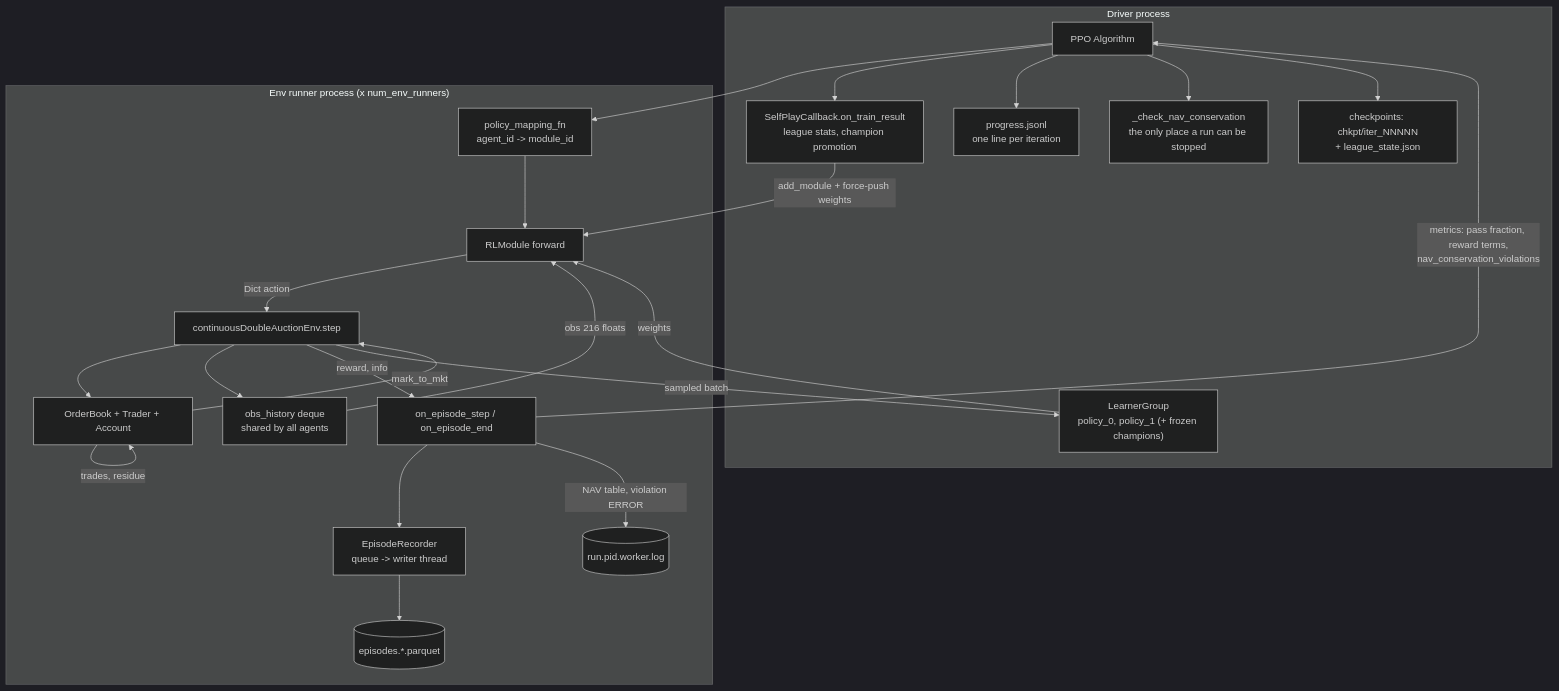
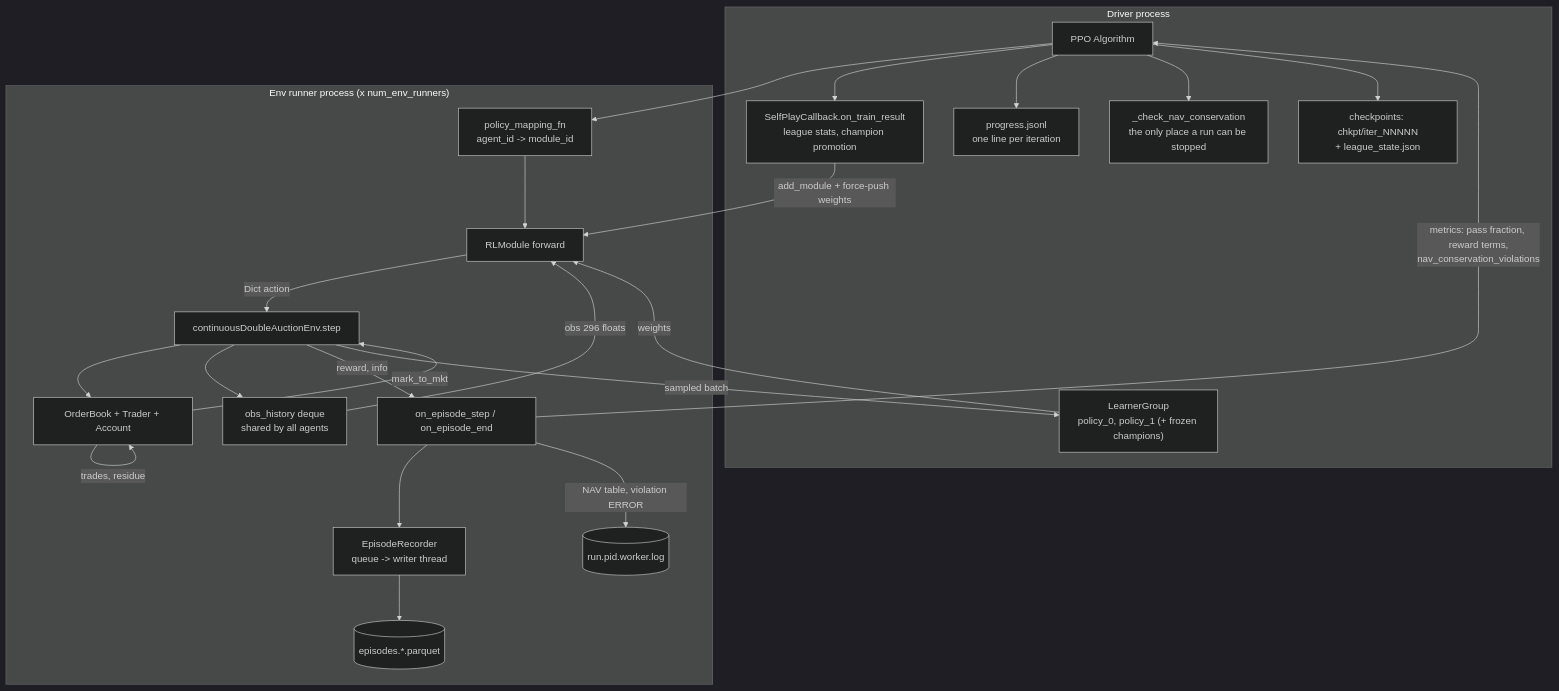
The fifth of 5 diagrams in doc/02_architecture.md (ChuaCheowHuan/gym-continuousDoubleAuction), drawn with Mermaid (dark theme) before and after one commit. The commit also changed other lines of this file and 25 other files, not shown here.

````diff
--- a/doc/02_architecture.md
+++ b/doc/02_architecture.md
@@ -561,43 +564,43 @@
 ```mermaid
 flowchart TB
     subgraph DRV["Driver process"]
         ALGO["PPO Algorithm"]
         LG["LearnerGroup<br/>policy_0, policy_1 (+ frozen champions)"]
         OTR["SelfPlayCallback.on_train_result<br/>league stats, champion promotion"]
         PROG["progress.jsonl<br/>one line per iteration"]
         NAVCHK["_check_nav_conservation<br/>the only place a run can be stopped"]
         CHK["checkpoints: chkpt/iter_NNNNN<br/>+ league_state.json"]
     end
 
     subgraph RUN["Env runner process (x num_env_runners)"]
         MAP["policy_mapping_fn<br/>agent_id -> module_id"]
         RLM["RLModule forward"]
         ENV["continuousDoubleAuctionEnv.step"]
         BOOK["OrderBook + Trader + Account"]
         OBSH["obs_history deque<br/>shared by all agents"]
         HOOKS["on_episode_step / on_episode_end"]
         REC["EpisodeRecorder<br/>queue -> writer thread"]
         PARQ[("episodes.*.parquet")]
         RLOG[("run.pid.worker.log")]
     end
 
     ALGO --> MAP
     MAP --> RLM
     RLM -->|"Dict action"| ENV
     ENV --> BOOK
     BOOK -->|"trades, residue"| BOOK
     BOOK -->|"mark_to_mkt"| ENV
     ENV --> OBSH
-    OBSH -->|"obs 216 floats"| RLM
+    OBSH -->|"obs 296 floats"| RLM
     ENV -->|"reward, info"| HOOKS
     HOOKS --> REC --> PARQ
     HOOKS -->|"NAV table, violation ERROR"| RLOG
     HOOKS -->|"metrics: pass fraction, reward terms,<br/>nav_conservation_violations"| ALGO
     ENV -->|"sampled batch"| LG
     LG -->|"weights"| RLM
     ALGO --> OTR
     OTR -->|"add_module + force-push weights"| RLM
     ALGO --> PROG
     ALGO --> NAVCHK
     ALGO --> CHK
 ```
````
